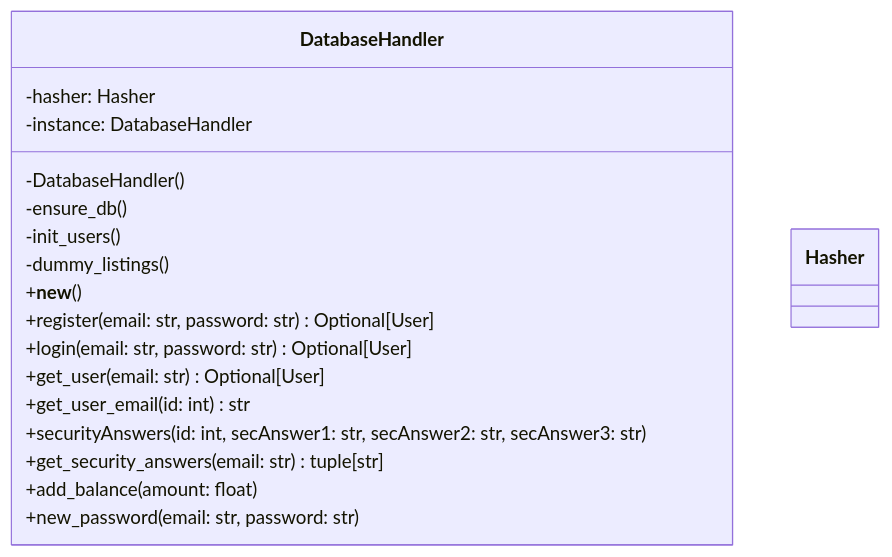
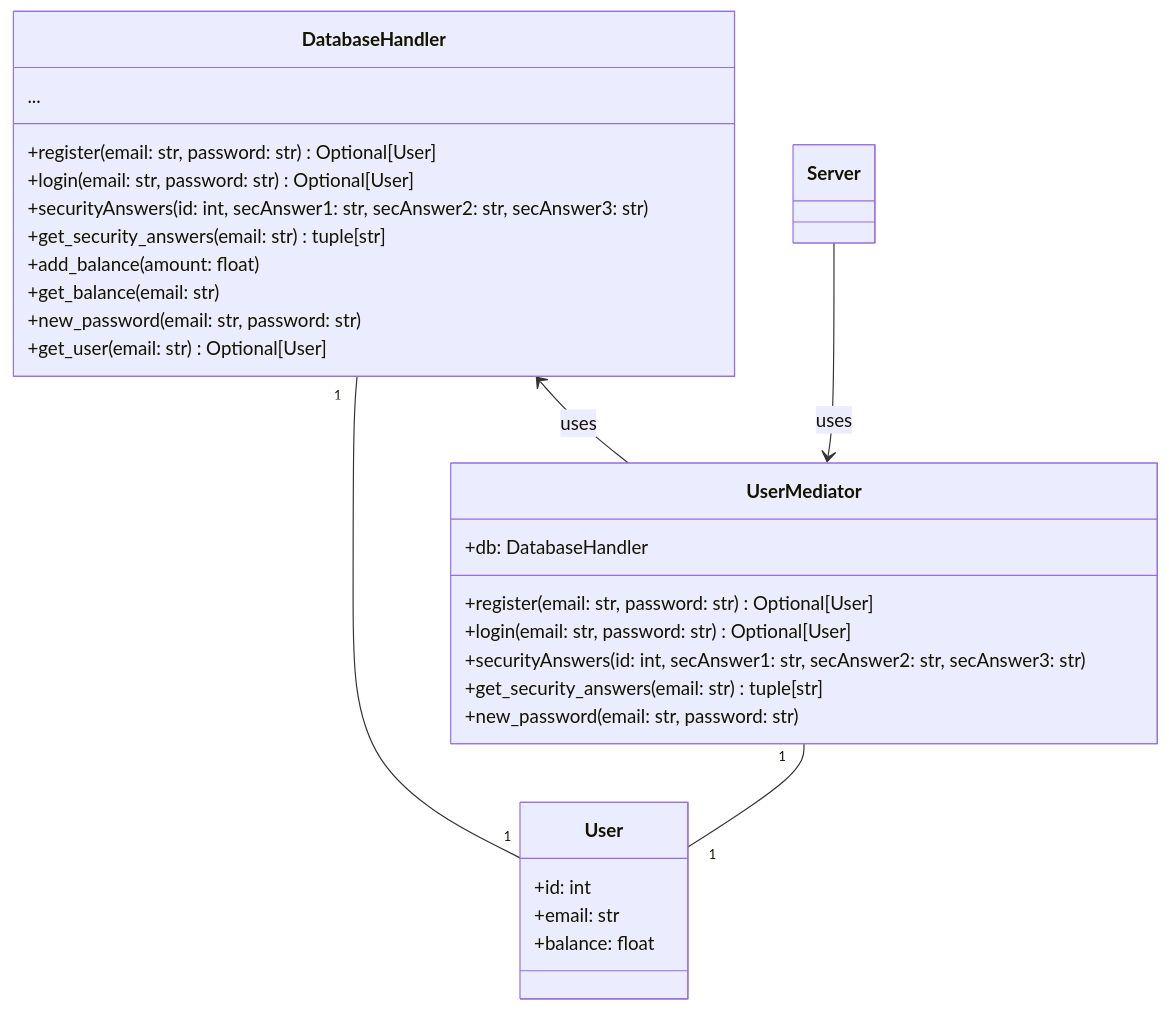
One commit to wyliew19/DriveShare changed the second of 6 diagrams in design/UML.md. Above: the diagram before and after it, drawn with Mermaid. The commit also changed other lines of this file, not shown here.

Commit message:
Finished UML

````diff
--- a/design/UML.md
+++ b/design/UML.md
@@ -2,24 +29,31 @@
 ```mermaid
 classDiagram
     class DatabaseHandler {
-        -hasher: Hasher
-        -instance: DatabaseHandler
-        -DatabaseHandler()
-        -ensure_db()
-        -init_users()
-        -dummy_listings()
-        +__new__()
+        ...
         +register(email: str, password: str) Optional[User]
         +login(email: str, password: str) Optional[User]
-        +get_user(email: str) Optional[User]
-        +get_user_email(id: int) str
         +securityAnswers(id: int, secAnswer1: str, secAnswer2: str, secAnswer3: str)
         +get_security_answers(email: str) tuple[str]
         +add_balance(amount: float)
+        +get_balance(email: str)
         +new_password(email: str, password: str)
-
+        +get_user(email: str) Optional[User]
     }
-    class Hasher {
-
+    class UserMediator {
+        +db: DatabaseHandler
+        +register(email: str, password: str) Optional[User]
+        +login(email: str, password: str) Optional[User]
+        +securityAnswers(id: int, secAnswer1: str, secAnswer2: str, secAnswer3: str)
+        +get_security_answers(email: str) tuple[str]
+        +new_password(email: str, password: str)
     }
+    class User {
+        +id: int
+        +email: str
+        +balance: float
+    }
+    DatabaseHandler <-- UserMediator : uses
+    DatabaseHandler "1" -- "1" User
+    UserMediator "1" -- "1" User
+    Server --> UserMediator : uses
 ```
````
